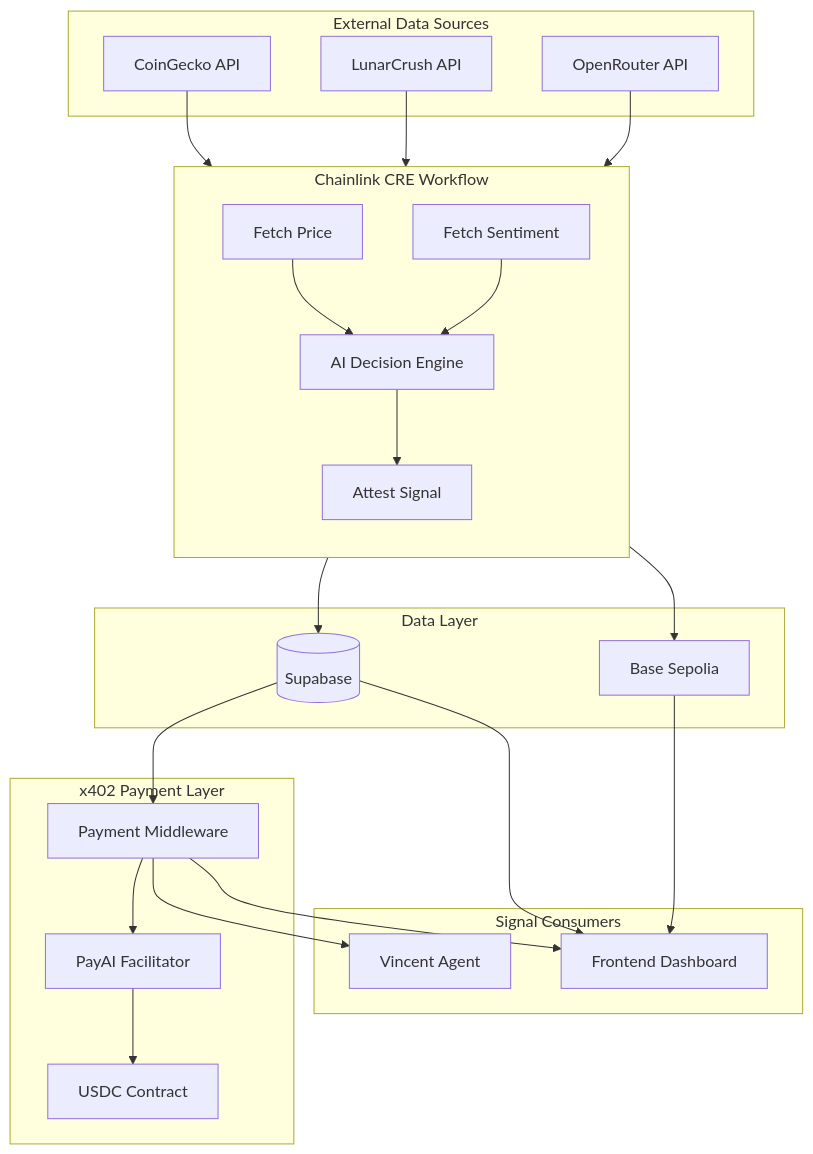
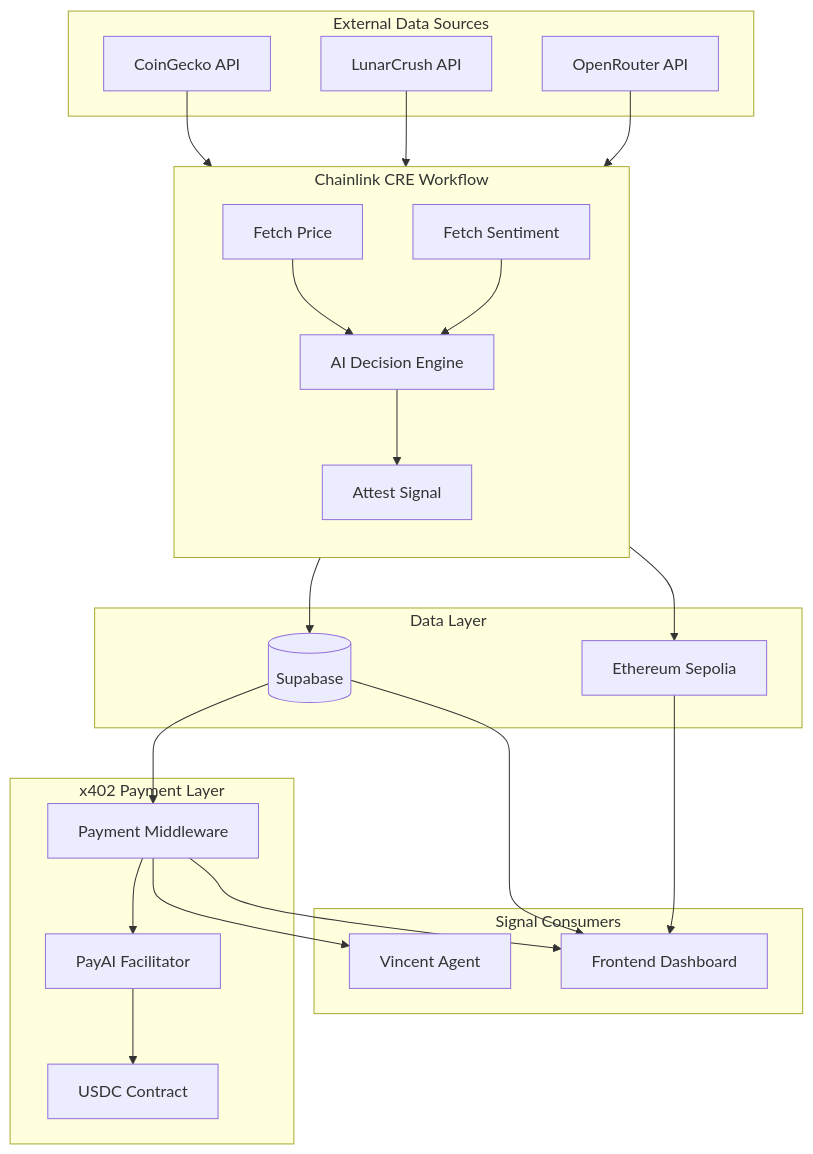
Before and after one commit to N-45div/Vincent: the first of 10 diagrams in ARCHITECTURE.md, drawn with Mermaid. The commit also changed other lines of this file and 1 other file, not shown here.

Commit message:
fix: correct chain info - SignalRegistry on Eth Sepolia, x402 on Base Sepolia

````diff
--- a/ARCHITECTURE.md
+++ b/ARCHITECTURE.md
@@ -7,49 +7,49 @@
 ```mermaid
 flowchart TB
     subgraph External["External Data Sources"]
         CG[CoinGecko API]
         LC[LunarCrush API]
         OR[OpenRouter API]
     end
 
     subgraph CRE["Chainlink CRE Workflow"]
         direction TB
         FP[Fetch Price]
         FS[Fetch Sentiment]
         AI[AI Decision Engine]
         AT[Attest Signal]
         
         FP --> AI
         FS --> AI
         AI --> AT
     end
 
     subgraph Storage["Data Layer"]
         SB[(Supabase)]
-        BC[Base Sepolia]
+        ETH[Ethereum Sepolia]
     end
 
     subgraph X402["x402 Payment Layer"]
         MW[Payment Middleware]
         PAY[PayAI Facilitator]
         USDC[USDC Contract]
     end
 
     subgraph Consumers["Signal Consumers"]
         AG[Vincent Agent]
         FE[Frontend Dashboard]
     end
 
     CG --> FP
     LC --> FS
     OR --> AI
     AT --> SB
-    AT --> BC
+    AT --> ETH
     SB --> MW
     MW --> PAY
     PAY --> USDC
     MW --> AG
     MW --> FE
     SB --> FE
-    BC --> FE
+    ETH --> FE
 ```
````
